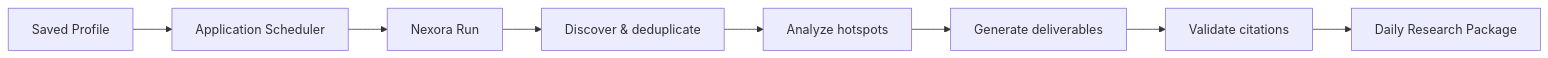
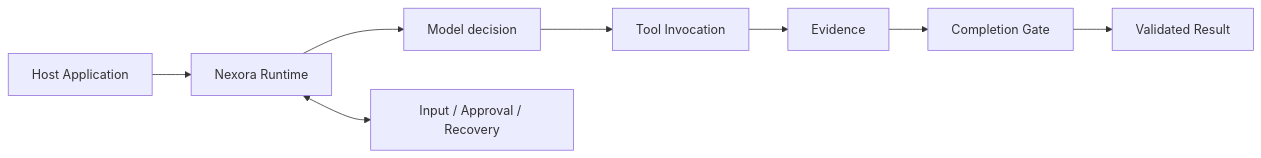
One commit to Atman-Angle/Nexora-Agent changed the diagram in README.md. Above: the diagram before and after it, drawn with Mermaid. The commit also changed other lines of this file and 1 other file, not shown here.

Commit message:
docs: focus readme on Nexora runtime

````diff
--- a/README.md
+++ b/README.md
@@ -142,10 +100,10 @@
 ```mermaid
 flowchart LR
-  P["Saved Profile"] --> S["Application Scheduler"]
-  S --> R["Nexora Run"]
-  R --> D["Discover & deduplicate"]
-  D --> A["Analyze hotspots"]
-  A --> G["Generate deliverables"]
-  G --> V["Validate citations"]
-  V --> O["Daily Research Package"]
+  A["Host Application"] --> R["Nexora Runtime"]
+  R --> P["Model decision"]
+  P --> I["Tool Invocation"]
+  I --> E["Evidence"]
+  E --> C["Completion Gate"]
+  C --> O["Validated Result"]
+  R <--> H["Input / Approval / Recovery"]
 ```
````
